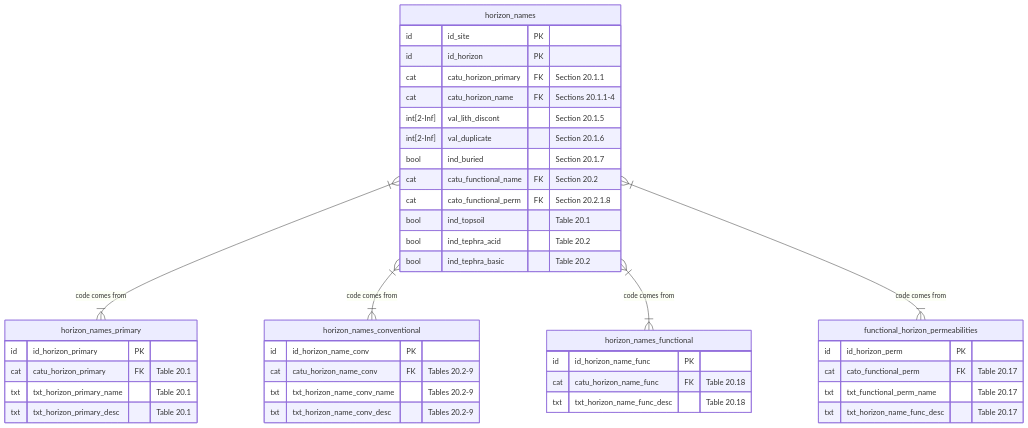
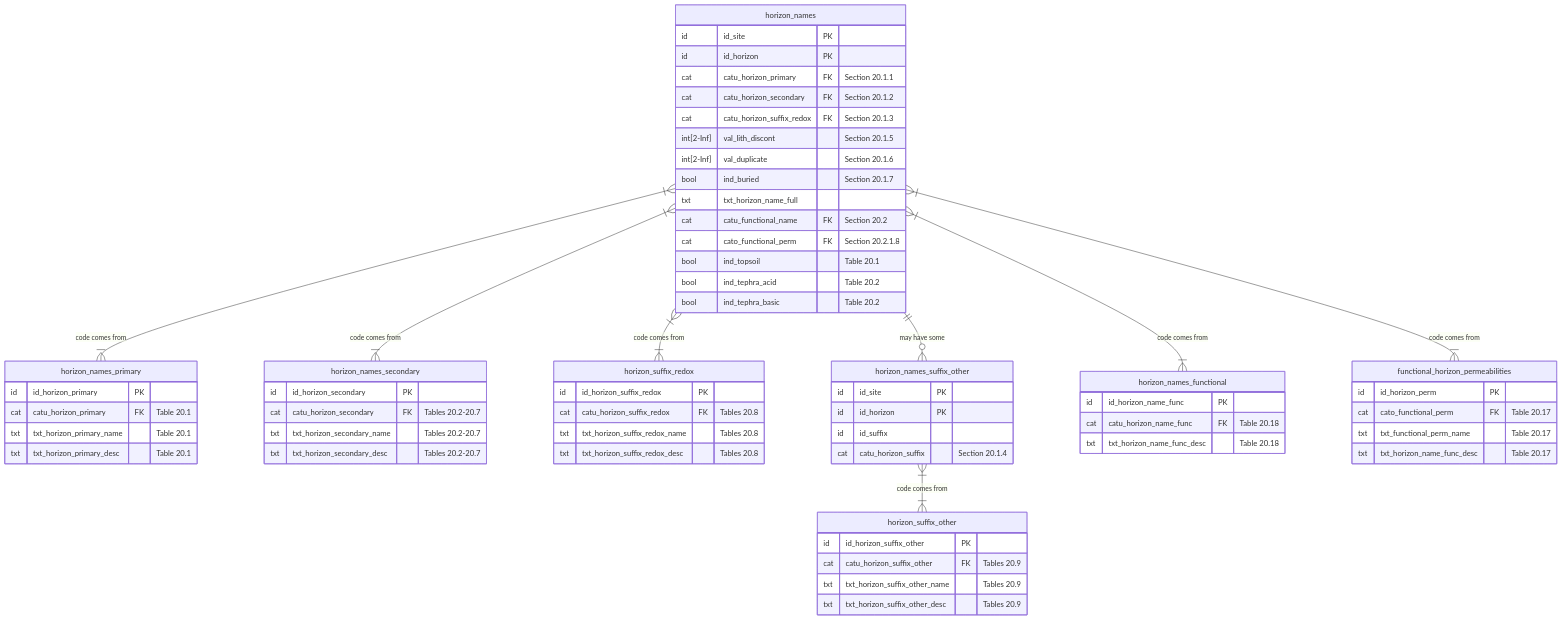
Before and after one commit to manaakiwhenua/NZ_soildesc_2024: diagram 25 of 25 in ap_03_database_design.qmd, drawn with Mermaid. The commit also changed other lines of this file, not shown here.

```diff
--- a/ap_03_database_design.qmd
+++ b/ap_03_database_design.qmd
@@ -1806,26 +1836,41 @@
 %%{ init: { 'er': { 'layoutDirection': 'LR' } } }%%
 erDiagram
   horizon_names }|--|{ horizon_names_primary : "code comes from"
-  horizon_names }|--|{ horizon_names_conventional : "code comes from"
+  horizon_names }|--|{ horizon_names_secondary : "code comes from"
+  horizon_names }|--|{ horizon_suffix_redox : "code comes from"
+  horizon_names ||--o{ horizon_names_suffix_other : "may have some"
+  horizon_names_suffix_other }|--|{ horizon_suffix_other : "code comes from"
   horizon_names }|--|{ horizon_names_functional : "code comes from"
   horizon_names }|--|{ functional_horizon_permeabilities : "code comes from"
   
+  %% data %%
   horizon_names {
     id          id_site PK
     id          id_horizon PK
     %% for very rapid assessment %%
-    cat         catu_horizon_primary FK   "Section 20.1.1"
-    %% for full naming protocol %%
-    cat         catu_horizon_name FK      "Sections 20.1.1-4"
-    int[2-Inf]  val_lith_discont          "Section 20.1.5"
-    int[2-Inf]  val_duplicate             "Section 20.1.6"
-    bool        ind_buried                "Section 20.1.7"
+    cat         catu_horizon_primary FK      "Section 20.1.1"
+    cat         catu_horizon_secondary FK    "Section 20.1.2"
+    cat         catu_horizon_suffix_redox FK "Section 20.1.3"
+    %% 'other' 1:n so in subtable see below %%
+    int[2-Inf]  val_lith_discont             "Section 20.1.5"
+    int[2-Inf]  val_duplicate                "Section 20.1.6"
+    bool        ind_buried                   "Section 20.1.7"
+    %% for edge cases %%
+    txt         txt_horizon_name_full
     %% FH
-    cat         catu_functional_name FK   "Section 20.2"
-    cat         cato_functional_perm FK   "Section 20.2.1.8"
-    bool        ind_topsoil               "Table 20.1"
-    bool        ind_tephra_acid           "Table 20.2"
-    bool        ind_tephra_basic          "Table 20.2"
+    cat         catu_functional_name FK      "Section 20.2"
+    cat         cato_functional_perm FK      "Section 20.2.1.8"
+    bool        ind_topsoil                  "Table 20.1"
+    bool        ind_tephra_acid              "Table 20.2"
+    bool        ind_tephra_basic             "Table 20.2"
+  }
+  
+  %% data %%
+  horizon_names_suffix_other {
+    id          id_site PK
+    id          id_horizon PK
+    id          id_suffix
+    cat         catu_horizon_suffix          "Section 20.1.4"
   }
 
   horizon_names_primary {
@@ -1835,11 +1880,25 @@
     txt         txt_horizon_primary_desc       "Table 20.1"
   }
 
-  horizon_names_conventional {
-    id          id_horizon_name_conv PK    
-    cat         catu_horizon_name_conv FK        "Tables 20.2-9"
-    txt         txt_horizon_name_conv_name       "Tables 20.2-9"
-    txt         txt_horizon_name_conv_desc       "Tables 20.2-9"
+  horizon_names_secondary {
+    id          id_horizon_secondary PK     
+    cat         catu_horizon_secondary FK      "Tables 20.2-20.7"
+    txt         txt_horizon_secondary_name     "Tables 20.2-20.7"
+    txt         txt_horizon_secondary_desc     "Tables 20.2-20.7"
+  }
+
+  horizon_suffix_redox {
+    id          id_horizon_suffix_redox PK    
+    cat         catu_horizon_suffix_redox FK        "Tables 20.8"
+    txt         txt_horizon_suffix_redox_name       "Tables 20.8"
+    txt         txt_horizon_suffix_redox_desc       "Tables 20.8"
+  }
+  
+  horizon_suffix_other {
+    id          id_horizon_suffix_other PK    
+    cat         catu_horizon_suffix_other FK        "Tables 20.9"
+    txt         txt_horizon_suffix_other_name       "Tables 20.9"
+    txt         txt_horizon_suffix_other_desc       "Tables 20.9"
   }
 
   horizon_names_functional {
```
